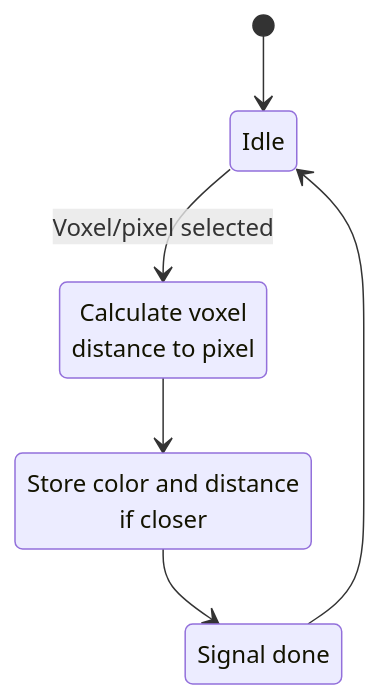
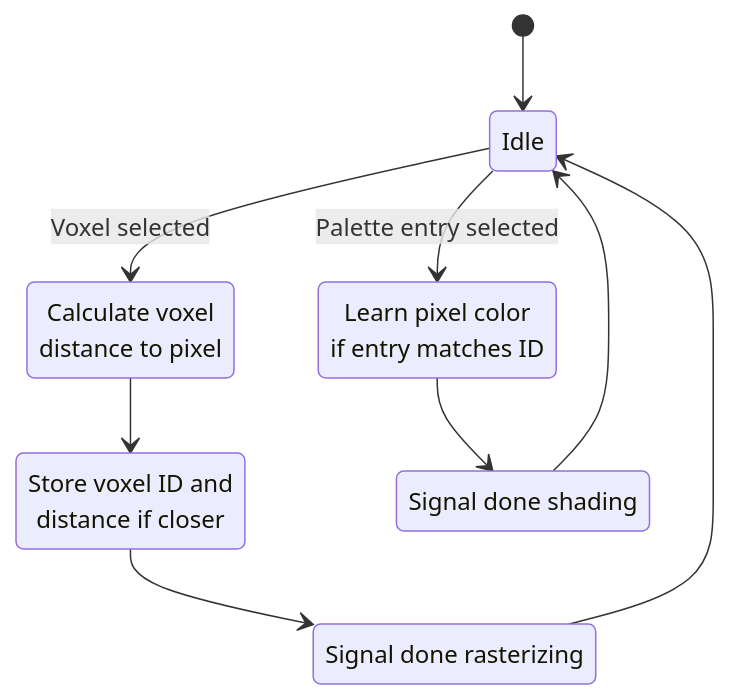
The diagram in hardware/docs/pixel_shader.md (Kenny2github/voxel-gpu), drawn with Mermaid before and after one commit.

Commit message:
Update pixel_shader states to account for shading

````diff
--- a/hardware/docs/pixel_shader.md
+++ b/hardware/docs/pixel_shader.md
@@ -1,13 +1,18 @@
 ```mermaid
 stateDiagram-v2
     idle: Idle
     measure: Calculate voxel<br>distance to pixel
-    store: Store color and distance<br>if closer
-    done: Signal done
+    store_voxel: Store voxel ID and<br>distance if closer
+    done_rasterizing: Signal done rasterizing
+    store_pixel: Learn pixel color<br>if entry matches ID
+    done_shading: Signal done shading
 
     [*] --> idle
-    idle --> measure: Voxel/pixel selected
-	measure --> store
-	store --> done
-	done --> idle
+    idle --> measure: Voxel selected
+	measure --> store_voxel
+	store_voxel --> done_rasterizing
+	done_rasterizing --> idle
+    idle --> store_pixel: Palette entry selected
+    store_pixel --> done_shading
+    done_shading --> idle
 ```
````
